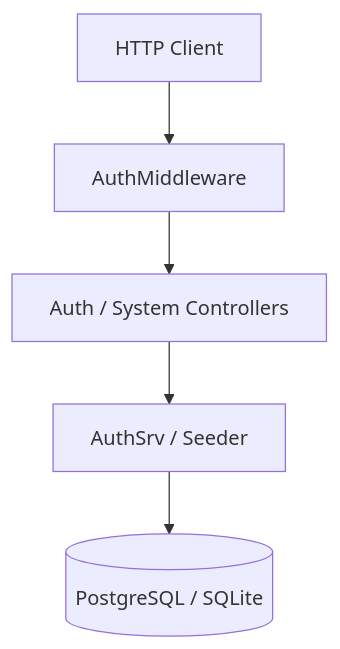
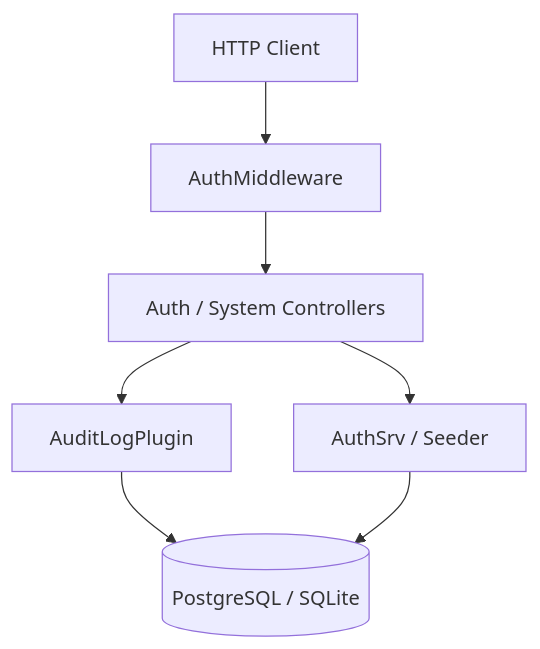
The diagram in README.md (Zheng-Bote/drogon_auth), drawn with Mermaid before and after one commit. The commit also changed other lines of this file and 6 other files, not shown here.

Commit message:
added: AuditLogPlugin

````diff
--- a/README.md
+++ b/README.md
@@ -17,7 +18,9 @@
 ```mermaid
 graph TD
     Client[HTTP Client] --> Middleware[AuthMiddleware]
     Middleware --> Controllers[Auth / System Controllers]
+    Controllers --> Plugins[AuditLogPlugin]
+    Plugins --> DB[(PostgreSQL / SQLite)]
     Controllers --> Services[AuthSrv / Seeder]
-    Services --> DB[(PostgreSQL / SQLite)]
+    Services --> DB
 ```
````
